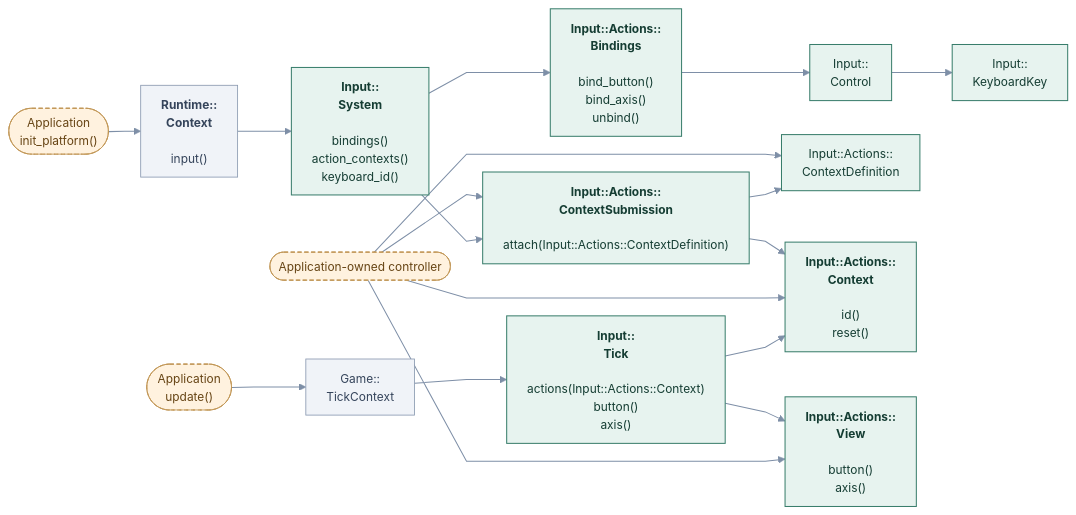
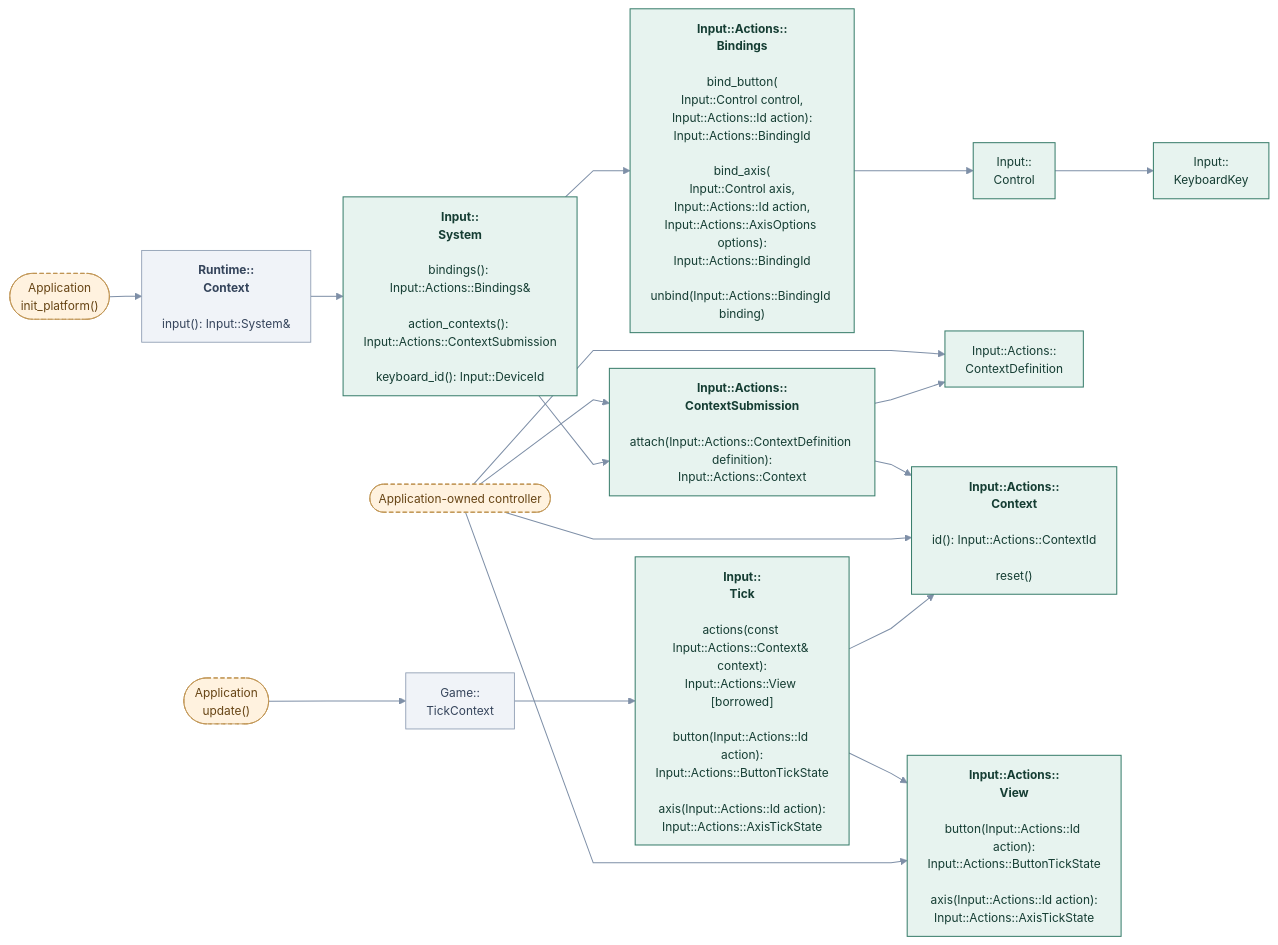
The diagram in docs/site/engine-systems/diagrams/input-application.mmd (cppcooper/cheryl-engine), drawn with Mermaid before and after one commit. The commit also changed 22 other files, not shown here.

First line of the commit message:
Adds argument and result types to application diagrams

```diff
--- a/docs/site/engine-systems/diagrams/input-application.mmd
+++ b/docs/site/engine-systems/diagrams/input-application.mmd
@@ -1,51 +1,51 @@
 ---
 config:
   theme: base
   themeVariables:
     fontFamily: system-ui, sans-serif
     fontSize: 14px
   flowchart:
     htmlLabels: true
     curve: linear
     nodeSpacing: 22
     rankSpacing: 38
     padding: 12
 ---
 flowchart LR
     accTitle: Input · application actions and controllers
     accDescr: Arrows point toward the API or type used, not call order or data flow. Methods beneath type names are selected application entry points; Implement hooks marks engine-invoked overrides. Dashed arrows mark optional choices.
     k0(["Application<br/>init_platform()"]):::app
-    k1["<b>Runtime::<br/>Context</b><br/><br/>input()"]:::neighbor
-    k2["<b>Input::<br/>System</b><br/><br/>bindings()<br/>action_contexts()<br/>keyboard_id()"]:::focal
-    k3["<b>Input::Actions::<br/>Bindings</b><br/><br/>bind_button()<br/>bind_axis()<br/>unbind()"]:::focal
+    k1["<b>Runtime::<br/>Context</b><br/><br/>input(): Input::System&amp;"]:::neighbor
+    k2["<b>Input::<br/>System</b><br/><br/>bindings(): Input::Actions::Bindings&amp;<br/><br/>action_contexts(): Input::Actions::ContextSubmission<br/><br/>keyboard_id(): Input::DeviceId"]:::focal
+    k3["<b>Input::Actions::<br/>Bindings</b><br/><br/>bind_button(<br/>Input::Control control,<br/>Input::Actions::Id action):<br/>Input::Actions::BindingId<br/><br/>bind_axis(<br/>Input::Control axis,<br/>Input::Actions::Id action,<br/>Input::Actions::AxisOptions options):<br/>Input::Actions::BindingId<br/><br/>unbind(Input::Actions::BindingId binding)"]:::focal
     k4["Input::<br/>Control"]:::focal
     k5["Input::<br/>KeyboardKey"]:::focal
     k6(["Application-owned controller"]):::app
     k7["Input::Actions::<br/>ContextDefinition"]:::focal
-    k8["<b>Input::Actions::<br/>ContextSubmission</b><br/><br/>attach(Input::Actions::ContextDefinition)"]:::focal
-    k9["<b>Input::Actions::<br/>Context</b><br/><br/>id()<br/>reset()"]:::focal
+    k8["<b>Input::Actions::<br/>ContextSubmission</b><br/><br/>attach(Input::Actions::ContextDefinition definition):<br/>Input::Actions::Context"]:::focal
+    k9["<b>Input::Actions::<br/>Context</b><br/><br/>id(): Input::Actions::ContextId<br/><br/>reset()"]:::focal
     k10(["Application<br/>update()"]):::app
     k11["Game::<br/>TickContext"]:::neighbor
-    k12["<b>Input::<br/>Tick</b><br/><br/>actions(Input::Actions::Context)<br/>button()<br/>axis()"]:::focal
-    k13["<b>Input::Actions::<br/>View</b><br/><br/>button()<br/>axis()"]:::focal
+    k12["<b>Input::<br/>Tick</b><br/><br/>actions(const Input::Actions::Context&amp; context):<br/>Input::Actions::View [borrowed]<br/><br/>button(Input::Actions::Id action):<br/>Input::Actions::ButtonTickState<br/><br/>axis(Input::Actions::Id action):<br/>Input::Actions::AxisTickState"]:::focal
+    k13["<b>Input::Actions::<br/>View</b><br/><br/>button(Input::Actions::Id action):<br/>Input::Actions::ButtonTickState<br/><br/>axis(Input::Actions::Id action):<br/>Input::Actions::AxisTickState"]:::focal
     k2 --> k3
     k3 --> k4
     k4 --> k5
     k6 --> k7
     k6 --> k8
     k8 --> k9
     k6 --> k9
     k10 --> k11
     k11 --> k12
     k12 --> k13
     k6 --> k13
     k0 --> k1
     k1 --> k2
     k8 --> k7
     k12 --> k9
     k2 --> k8
     classDef focal fill:#e7f3ef,stroke:#387d6b,color:#153d33,stroke-width:1.2px
     classDef neighbor fill:#f0f3f8,stroke:#8c9bb1,color:#35445b,stroke-width:1px
     classDef app fill:#fff2df,stroke:#c09452,color:#674515,stroke-dasharray:5 3
     classDef system fill:#eaf0fc,stroke:#617fab,color:#263f69,stroke-width:1.2px
     linkStyle default stroke:#7e8fa7,stroke-width:1.2px
```
